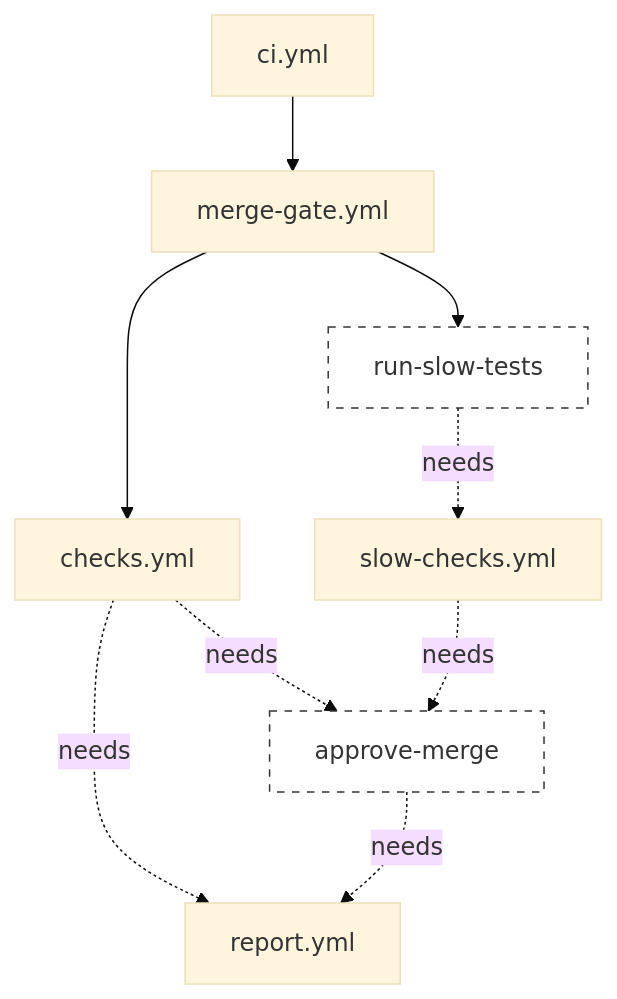
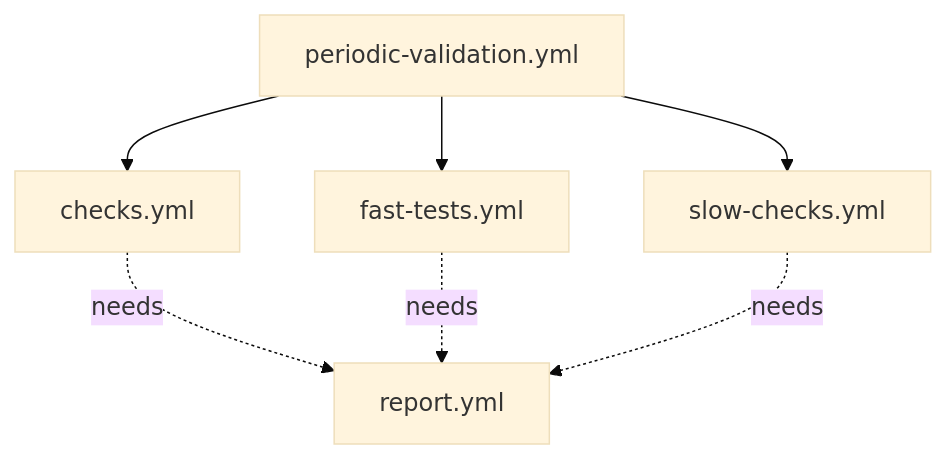
One commit to exasol/python-toolbox changed the second of 4 diagrams in doc/user_guide/features/github_workflows/index.rst. Above: the diagram before and after it, drawn with Mermaid (base theme). The commit also changed other lines of this file and 24 other files, not shown here.

First line of the commit message:
Feature/825 split up workflows unit tests and periodic runs (#826)

```diff
--- a/doc/user_guide/features/github_workflows/index.rst
+++ b/doc/user_guide/features/github_workflows/index.rst
@@ -128,27 +169,19 @@
 .. mermaid::
 
     graph TD
         %% Define Nodes
-        ci_job[ci.yml]
-        gate[merge-gate.yml]
         checks[checks.yml]
-        slow_run[run-slow-tests]
+        periodic_validation[periodic-validation.yml]
+        fast-tests[fast-tests.yml]
         slow_checks[slow-checks.yml]
         report[report.yml]
-        approver[approve-merge]
 
         %% Workflow Triggers
-        ci_job --> gate
-        gate --> checks
-        gate --> slow_run
-        slow_run -.->|needs| slow_checks
+        periodic_validation --> checks
+        periodic_validation --> fast-tests
+        periodic_validation --> slow_checks
 
         %% Dependencies
         checks -.->|needs| report
-        checks -.->|needs| approver
-        slow_checks -.->|needs| approver
-        approver -.->|needs| report
-
-        %% Styling
-        style approver fill:#fff,stroke:#333,stroke-dasharray: 5 5
-        style slow_run fill:#fff,stroke:#333,stroke-dasharray: 5 5
+        fast-tests -.->|needs| report
+        slow_checks -.->|needs| report
```
